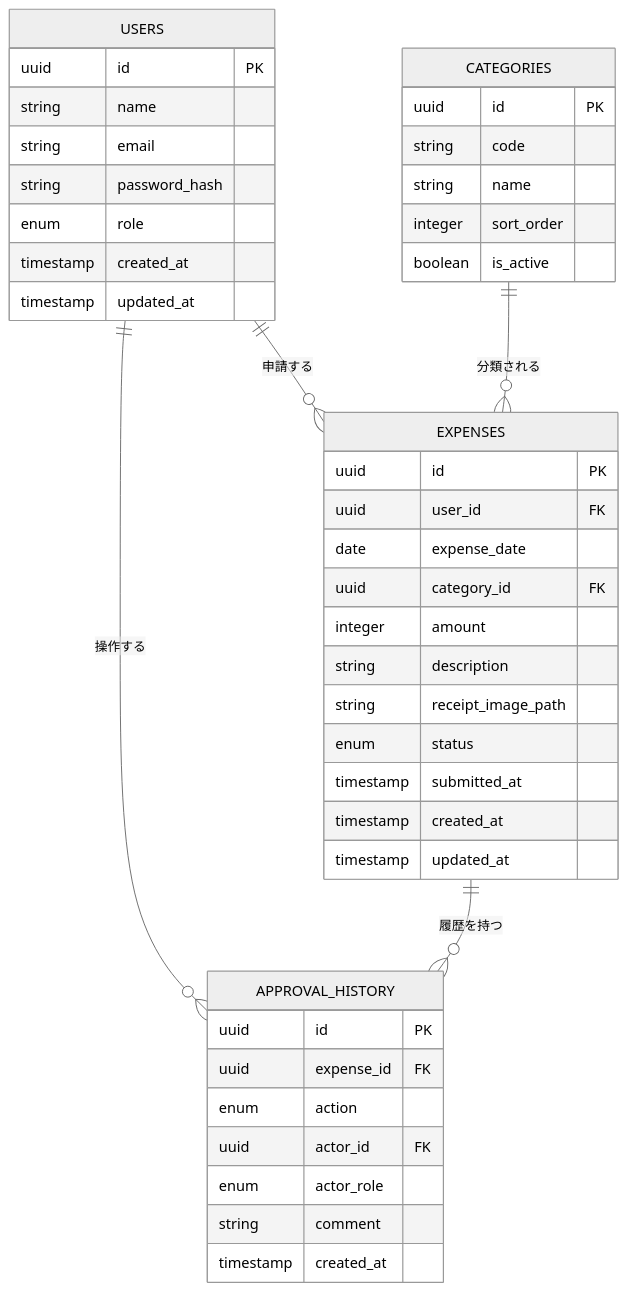
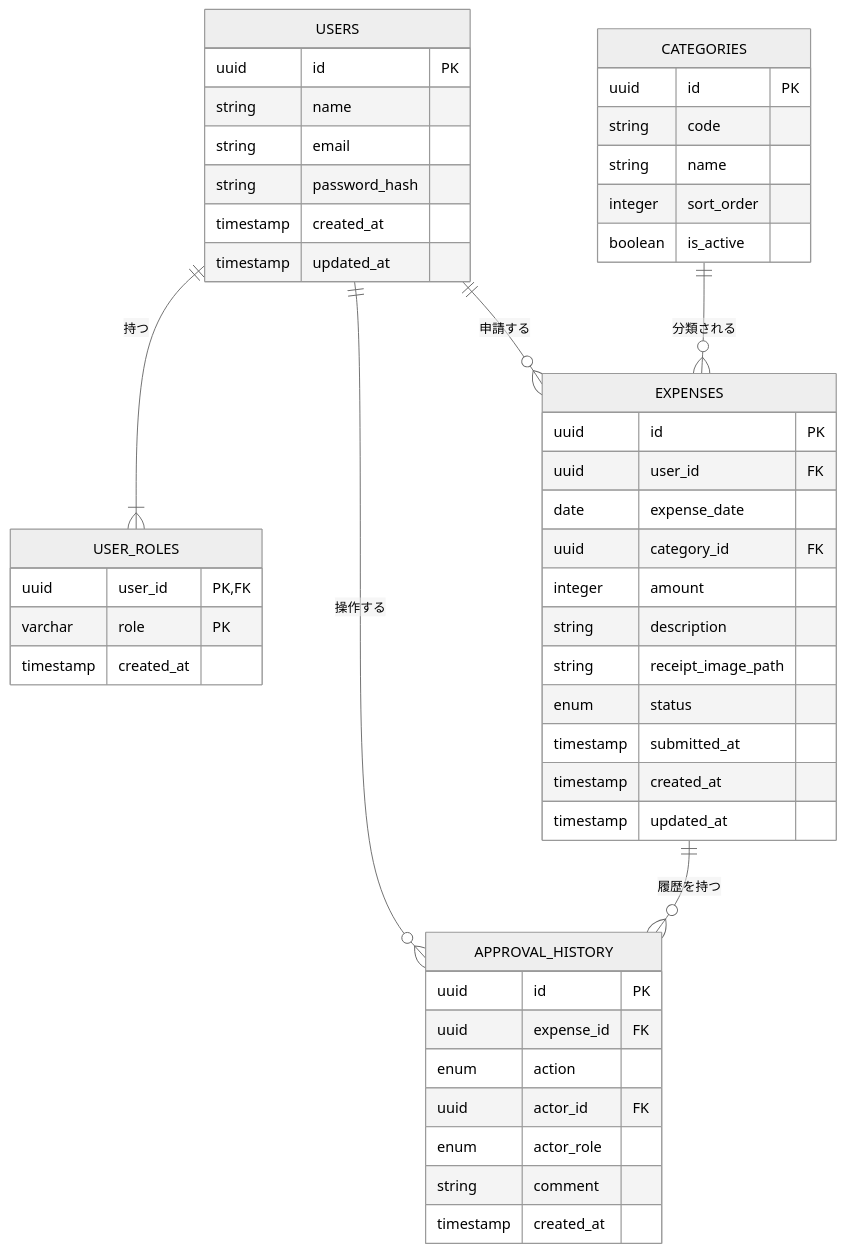
Before and after one commit to naruheso/routine-design: the second of 2 diagrams in docs/screen-design.md, drawn with Mermaid (neutral theme). The commit also changed other lines of this file and 2 other files, not shown here.

Commit message:
docs: address latest review thread on rules, acceptance cases, and role model consistency
Agent-Logs-Url: https://github.com/naruheso/routine-design/sessions/ecb2c959-c2a1-417d-be6e-ec1f96c8eebb

````diff
--- a/docs/screen-design.md
+++ b/docs/screen-design.md
@@ -648,49 +648,55 @@
 ```mermaid
 erDiagram
+    USERS ||--|{ USER_ROLES : "持つ"
     USERS ||--o{ EXPENSES : "申請する"
     USERS ||--o{ APPROVAL_HISTORY : "操作する"
     EXPENSES ||--o{ APPROVAL_HISTORY : "履歴を持つ"
     CATEGORIES ||--o{ EXPENSES : "分類される"
 
     USERS {
         uuid id PK
         string name
         string email
         string password_hash
-        enum role
         timestamp created_at
         timestamp updated_at
+    }
+
+    USER_ROLES {
+        uuid user_id PK, FK
+        varchar role PK
+        timestamp created_at
     }
 
     EXPENSES {
         uuid id PK
         uuid user_id FK
         date expense_date
         uuid category_id FK
         integer amount
         string description
         string receipt_image_path
         enum status
         timestamp submitted_at
         timestamp created_at
         timestamp updated_at
     }
 
     CATEGORIES {
         uuid id PK
         string code
         string name
         integer sort_order
         boolean is_active
     }
 
     APPROVAL_HISTORY {
         uuid id PK
         uuid expense_id FK
         enum action
         uuid actor_id FK
         enum actor_role
         string comment
         timestamp created_at
     }
 ```
````
